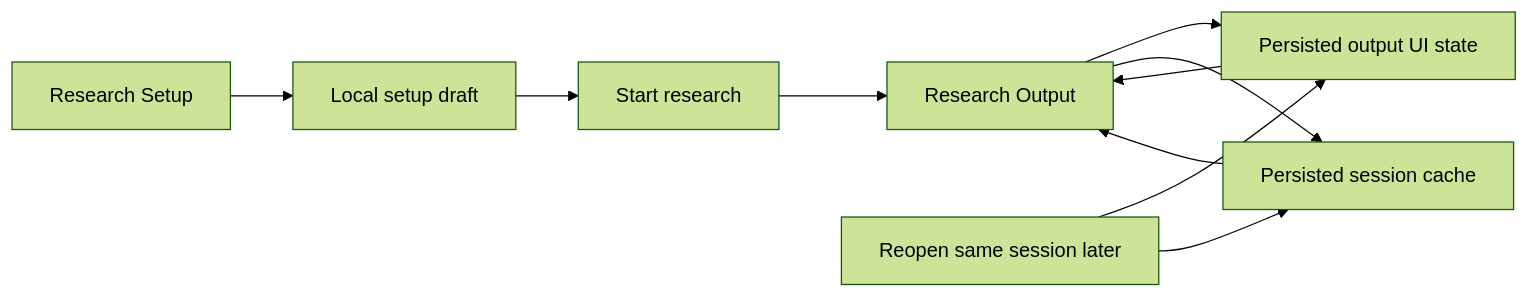
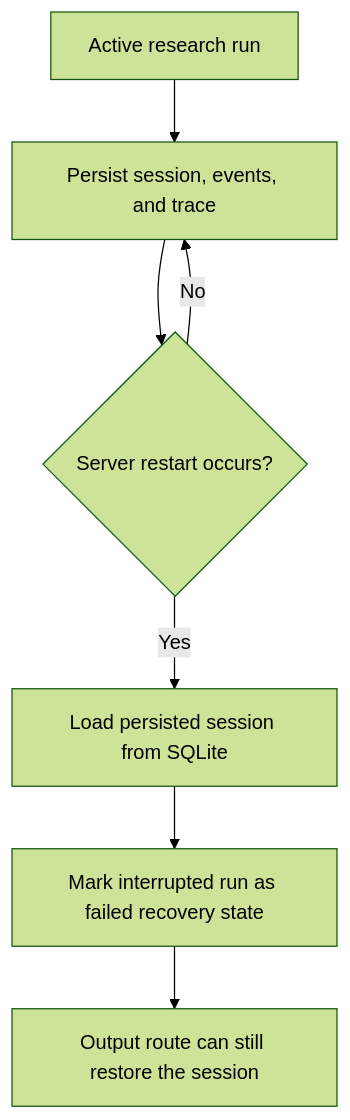
One commit to greenp8888/Submissions_C5 changed the tenth of 10 diagrams in Group_9/ai-hackathon/docs/WORKFLOW_DIAGRAMS.md. Above: the diagram before and after it, drawn with Mermaid (forest theme). The commit also changed other lines of this file and 35 other files, not shown here.

````diff
--- a/Group_9/ai-hackathon/docs/WORKFLOW_DIAGRAMS.md
+++ b/Group_9/ai-hackathon/docs/WORKFLOW_DIAGRAMS.md
@@ -160,20 +223,16 @@
 ```mermaid
-flowchart LR
-    Setup[Research Setup]
-    Draft[Local setup draft]
-    Start[Start research]
-    Output[Research Output]
-    UIState[Persisted output UI state]
-    SessionCache[Persisted session cache]
-    Reopen[Reopen same session later]
+flowchart TD
+    Run[Active research run]
+    Persist[Persist session, events, and trace]
+    Restart{Server restart occurs?}
+    Recover[Load persisted session from SQLite]
+    Mark[Mark interrupted run as failed recovery state]
+    Restore[Output route can still restore the session]
 
-    Setup --> Draft
-    Draft --> Start
-    Start --> Output
-    Output --> UIState
-    Output --> SessionCache
-    Reopen --> UIState
-    Reopen --> SessionCache
-    UIState --> Output
-    SessionCache --> Output
+    Run --> Persist
+    Persist --> Restart
+    Restart -- No --> Persist
+    Restart -- Yes --> Recover
+    Recover --> Mark
+    Mark --> Restore
 ```
````
